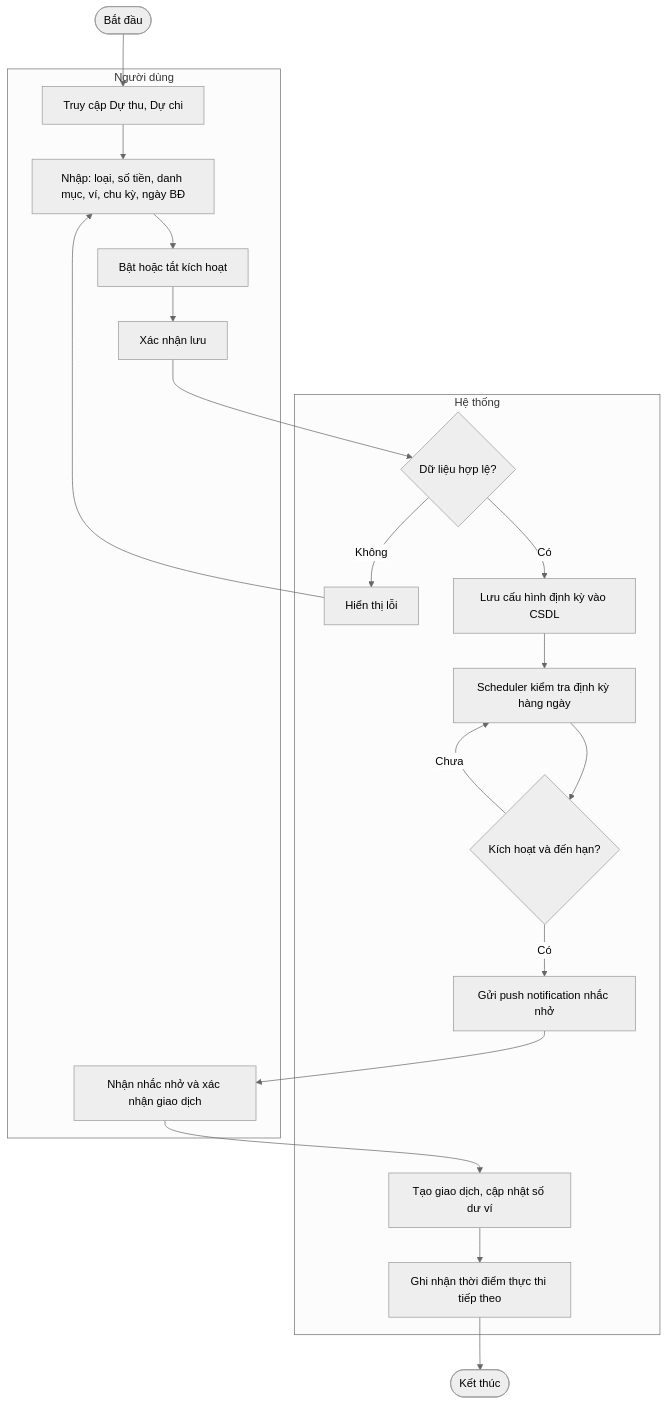
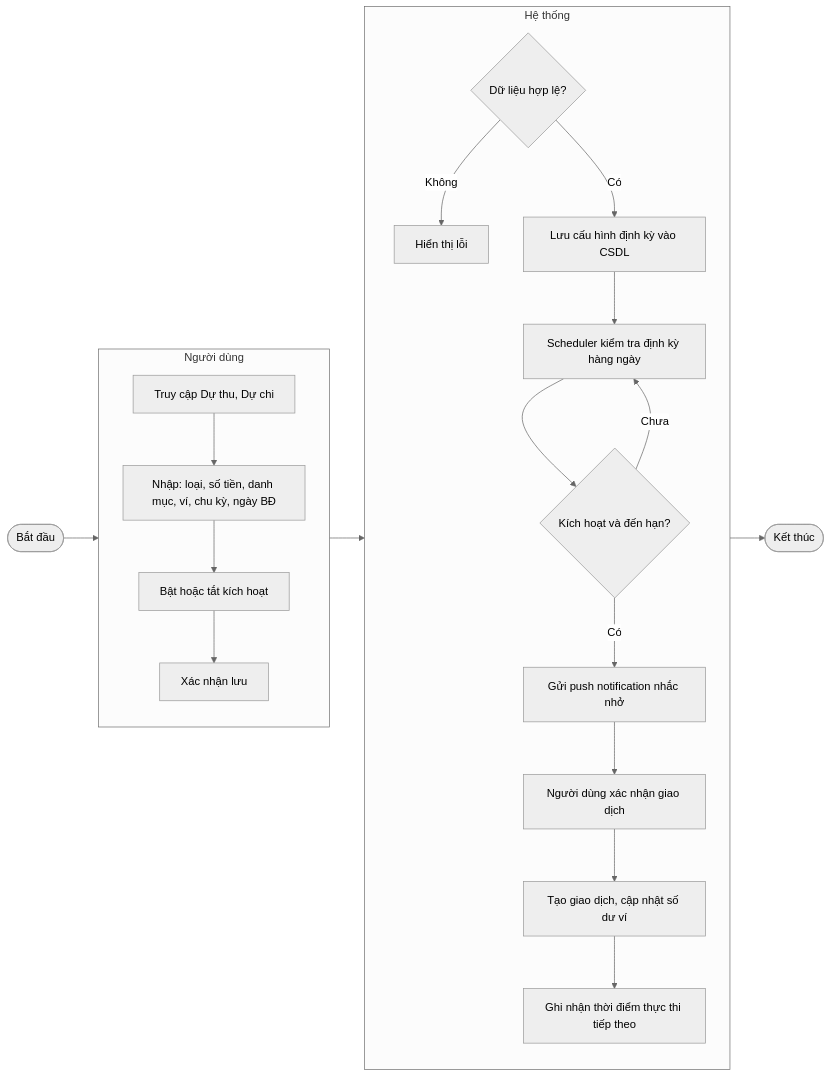
The fifth of 10 diagrams in Nghiên cứu MISA MoneyKeeper.md (Hieu-vn/Graduation-Thesis), drawn with Mermaid (neutral theme) before and after one commit. The commit also changed other lines of this file, not shown here.

````diff
--- a/Nghiên cứu MISA MoneyKeeper.md
+++ b/Nghiên cứu MISA MoneyKeeper.md
@@ -252,41 +260,43 @@
 ```mermaid
-flowchart TD
+flowchart LR
     A([Bắt đầu])
 
     subgraph NguoiDung["Người dùng"]
+        direction TB
         B[Truy cập Dự thu, Dự chi]
         C[Nhập: loại, số tiền, danh mục, ví, chu kỳ, ngày BĐ]
         D[Bật hoặc tắt kích hoạt]
         E[Xác nhận lưu]
-        K[Nhận nhắc nhở và xác nhận giao dịch]
     end
 
     subgraph HeThong["Hệ thống"]
+        direction TB
         F{Dữ liệu hợp lệ?}
         F2[Hiển thị lỗi]
         G[Lưu cấu hình định kỳ vào CSDL]
         H[Scheduler kiểm tra định kỳ hàng ngày]
         I{Kích hoạt và đến hạn?}
         J[Gửi push notification nhắc nhở]
+        K[Người dùng xác nhận giao dịch]
         K2[Tạo giao dịch, cập nhật số dư ví]
         K3[Ghi nhận thời điểm thực thi tiếp theo]
     end
 
     L([Kết thúc])
 
     A --> B
     B --> C
     C --> D
     D --> E
     E --> F
-    F -->|Không| F2 --> C
+    F -->|Không| F2
     F -->|Có| G
     G --> H
     H --> I
     I -->|Chưa| H
     I -->|Có| J
     J --> K
     K --> K2
     K2 --> K3
     K3 --> L
 ```
````
